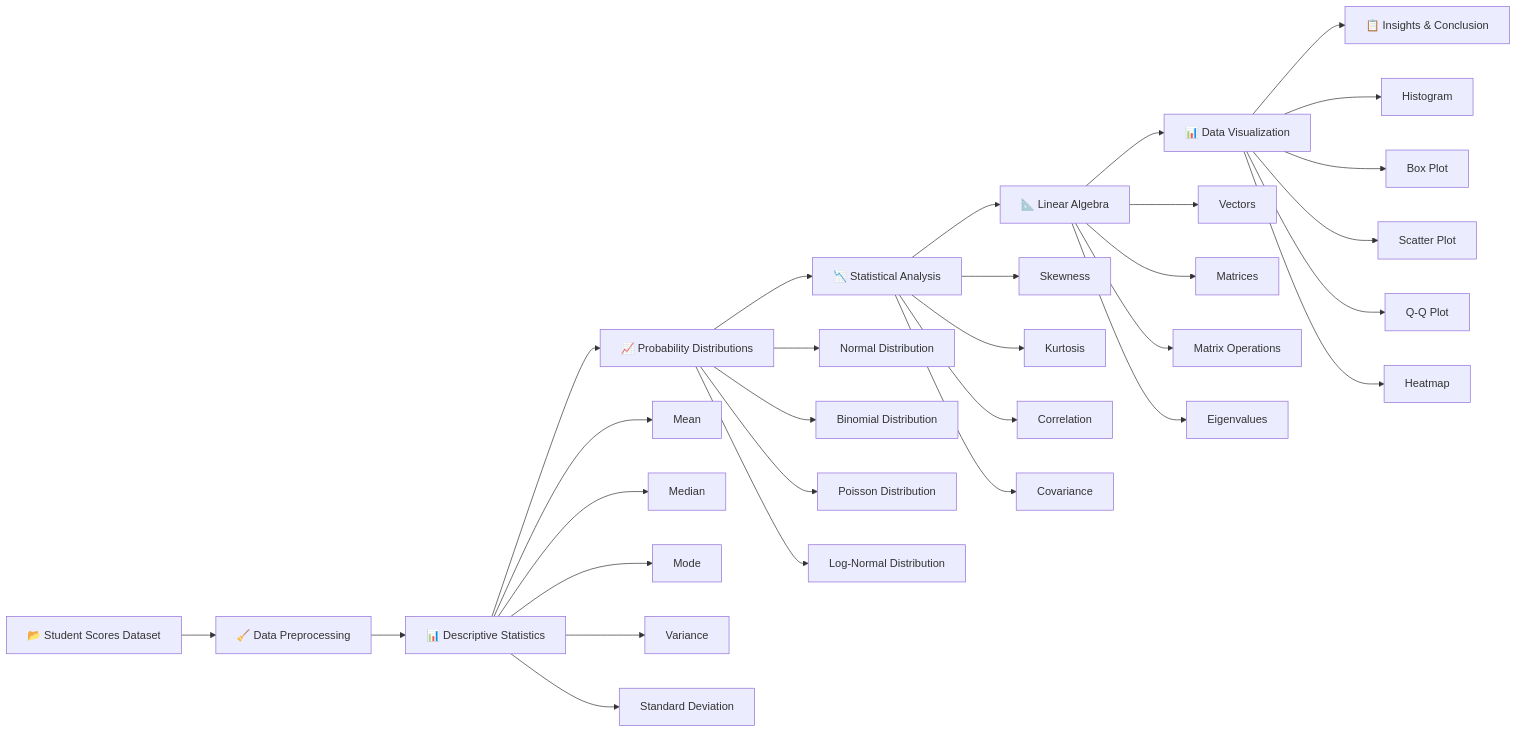
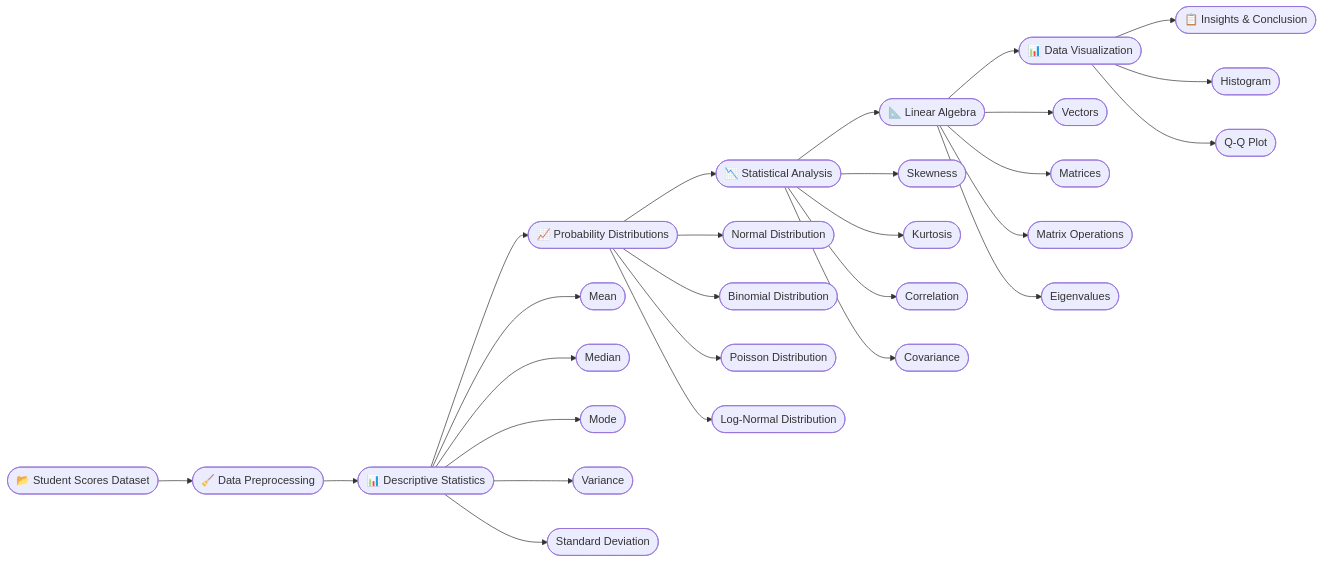
One commit to priyasavaliya20-collab/Student-Performance-Analysis changed the diagram in README.md. Above: the diagram before and after it, drawn with Mermaid.

````diff
--- a/README.md
+++ b/README.md
@@ -52,38 +52,35 @@
 ```mermaid
 flowchart LR
 
-A[📂 Student Scores Dataset] --> B[🧹 Data Preprocessing]
-B --> C[📊 Descriptive Statistics]
-C --> D[📈 Probability Distributions]
-D --> E[📉 Statistical Analysis]
-E --> F[📐 Linear Algebra]
-F --> G[📊 Data Visualization]
-G --> H[📋 Insights & Conclusion]
+A([📂 Student Scores Dataset]) --> B([🧹 Data Preprocessing])
+B --> C([📊 Descriptive Statistics])
+C --> D([📈 Probability Distributions])
+D --> E([📉 Statistical Analysis])
+E --> F([📐 Linear Algebra])
+F --> G([📊 Data Visualization])
+G --> H([📋 Insights & Conclusion])
 
-C --> C1[Mean]
-C --> C2[Median]
-C --> C3[Mode]
-C --> C4[Variance]
-C --> C5[Standard Deviation]
+C --> C1([Mean])
+C --> C2([Median])
+C --> C3([Mode])
+C --> C4([Variance])
+C --> C5([Standard Deviation])
 
-D --> D1[Normal Distribution]
-D --> D2[Binomial Distribution]
-D --> D3[Poisson Distribution]
-D --> D4[Log-Normal Distribution]
+D --> D1([Normal Distribution])
+D --> D2([Binomial Distribution])
+D --> D3([Poisson Distribution])
+D --> D4([Log-Normal Distribution])
 
-E --> E1[Skewness]
-E --> E2[Kurtosis]
-E --> E3[Correlation]
-E --> E4[Covariance]
+E --> E1([Skewness])
+E --> E2([Kurtosis])
+E --> E3([Correlation])
+E --> E4([Covariance])
 
-F --> F1[Vectors]
-F --> F2[Matrices]
-F --> F3[Matrix Operations]
-F --> F4[Eigenvalues]
+F --> F1([Vectors])
+F --> F2([Matrices])
+F --> F3([Matrix Operations])
+F --> F4([Eigenvalues])
 
-G --> G1[Histogram]
-G --> G2[Box Plot]
-G --> G3[Scatter Plot]
-G --> G4[Q-Q Plot]
-G --> G5[Heatmap]
+G --> G1([Histogram])
+G --> G4([Q-Q Plot])
 ```
````
